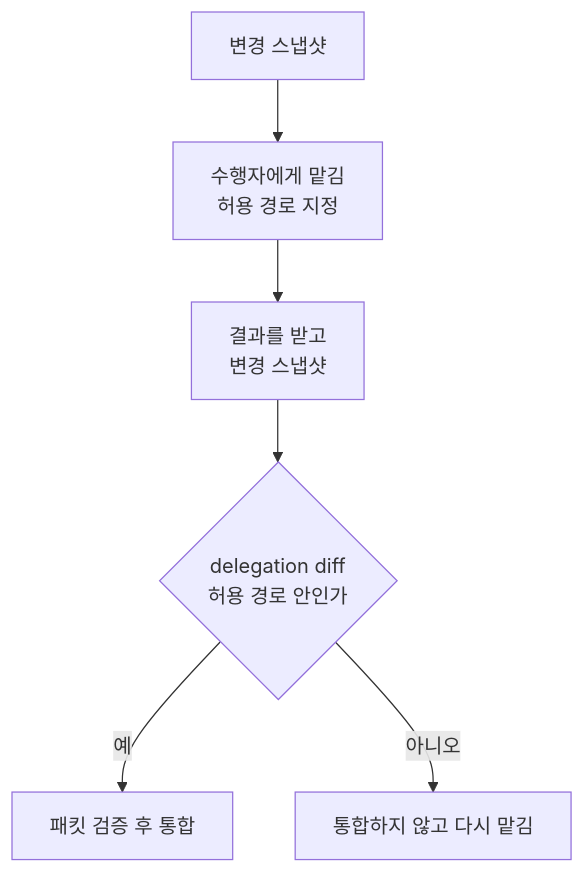
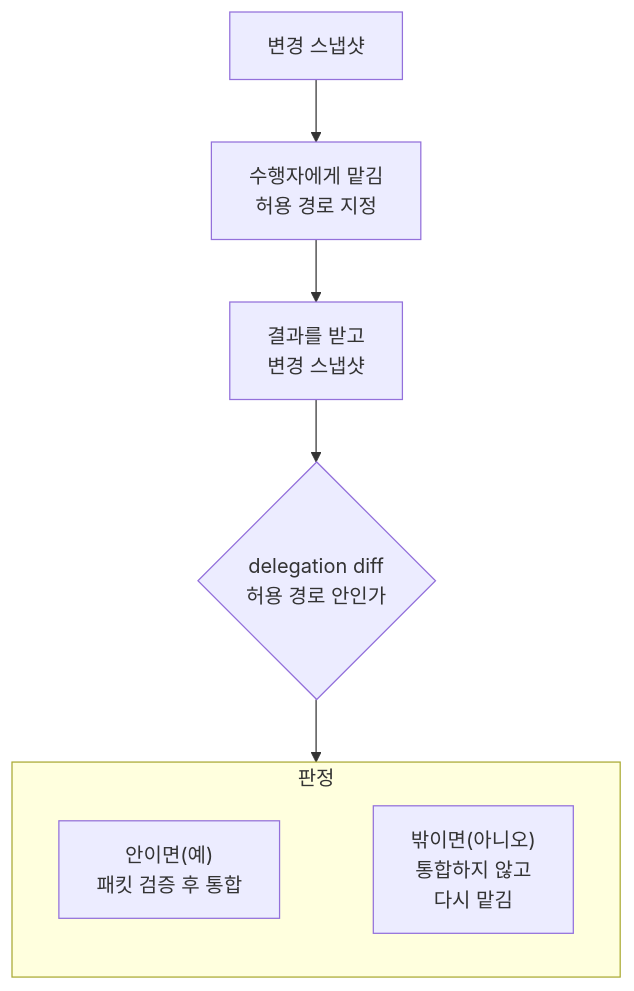
Before and after one commit to roadkwon-ai/pro-kit: the diagram in handbook/concepts/delegation-and-resources.md, drawn with Mermaid. The commit also changed 26 other files, not shown here.

````diff
--- a/handbook/concepts/delegation-and-resources.md
+++ b/handbook/concepts/delegation-and-resources.md
@@ -79,13 +79,15 @@
 ```mermaid
 ---
 config:
   flowchart:
     wrappingWidth: 220
 ---
 flowchart TB
   A["변경 스냅샷"] --> B["수행자에게 맡김<br/>허용 경로 지정"]
   B --> C["결과를 받고<br/>변경 스냅샷"]
   C --> D{"delegation diff<br/>허용 경로 안인가"}
-  D -->|"예"| E["패킷 검증 후 통합"]
-  D -->|"아니오"| F["통합하지 않고 다시 맡김"]
+  D --> R
+  subgraph R["판정"]
+    E["안이면(예)<br/>패킷 검증 후 통합"] ~~~ F["밖이면(아니오)<br/>통합하지 않고<br/>다시 맡김"]
+  end
 ```
````
